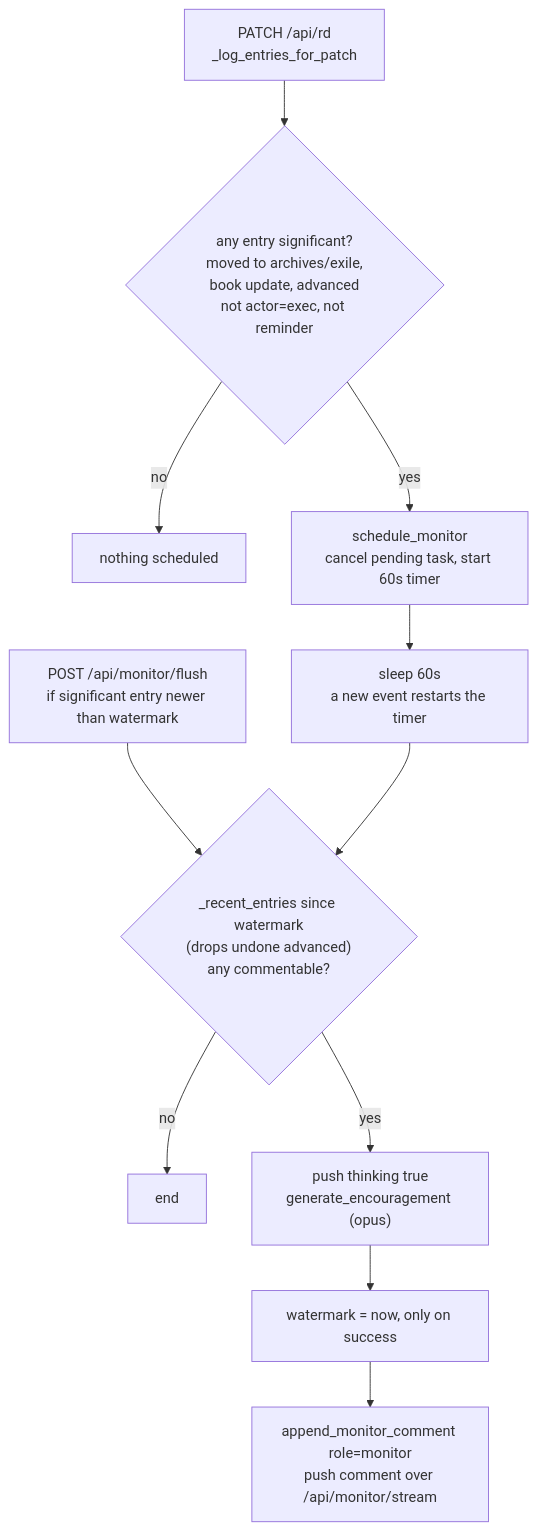
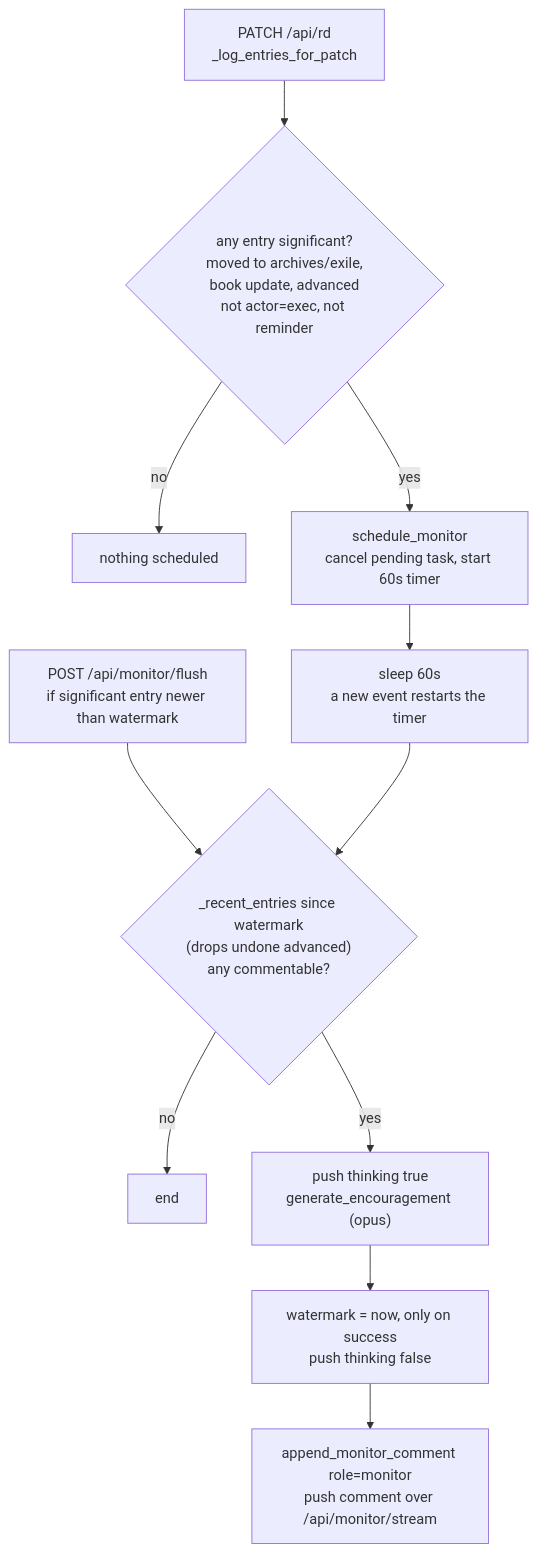
The diagram in docs/arch/16-monitor-debounce.mmd (wai-lau/exec-fn), drawn with Mermaid before and after one commit. The commit also changed 42 other files, not shown here.

```diff
--- a/docs/arch/16-monitor-debounce.mmd
+++ b/docs/arch/16-monitor-debounce.mmd
@@ -1,11 +1,11 @@
 flowchart TD
     W["PATCH /api/rd<br/>_log_entries_for_patch"] --> Q{"any entry significant?<br/>moved to archives/exile,<br/>book update, advanced<br/>not actor=exec, not reminder"}
     Q -- no --> X["nothing scheduled"]
     Q -- yes --> SM["schedule_monitor<br/>cancel pending task, start 60s timer"]
     FL["POST /api/monitor/flush<br/>if significant entry newer than watermark"] --> G
     SM --> D["sleep 60s<br/>a new event restarts the timer"]
     D --> G{"_recent_entries since watermark<br/>(drops undone advanced)<br/>any commentable?"}
     G -- no --> E["end"]
     G -- yes --> TH["push thinking true<br/>generate_encouragement (opus)"]
-    TH --> OK["watermark = now, only on success"]
+    TH --> OK["watermark = now, only on success<br/>push thinking false"]
     OK --> C["append_monitor_comment role=monitor<br/>push comment over /api/monitor/stream"]
```
